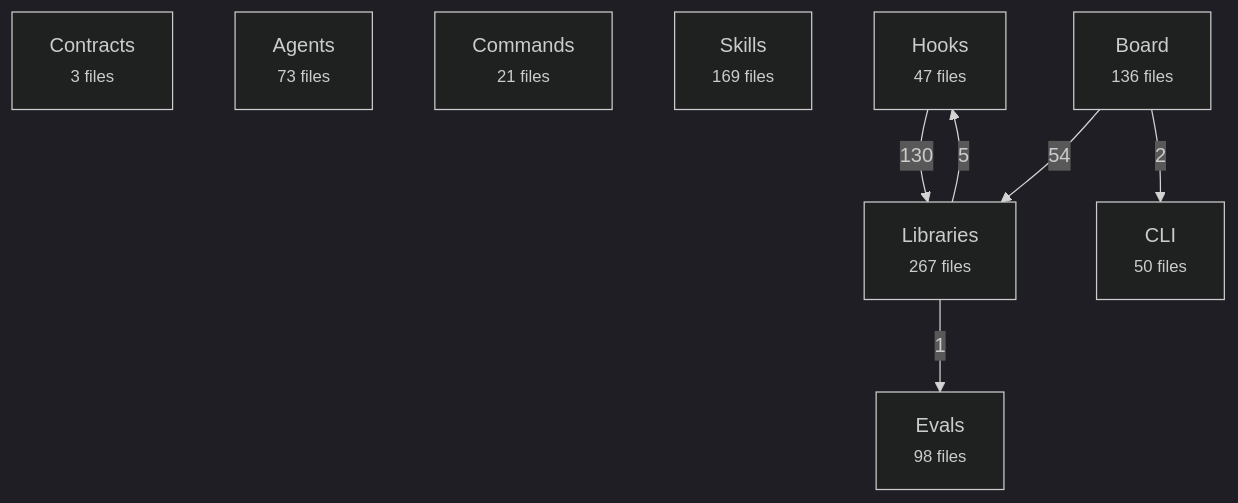
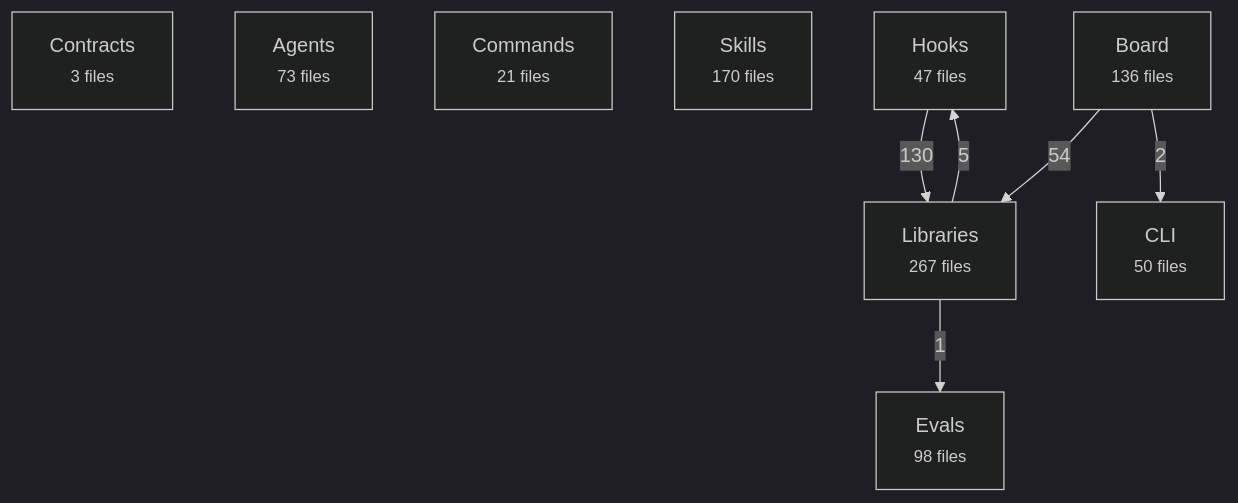
Before and after one commit to avelikiy/great_cto: the first of 2 diagrams in docs/reference/architecture-map.md, drawn with Mermaid (dark theme). The commit also changed other lines of this file and 5 other files, not shown here.

````diff
--- a/docs/reference/architecture-map.md
+++ b/docs/reference/architecture-map.md
@@ -20,17 +20,17 @@
 ```mermaid
 flowchart TD
   contracts["Contracts<br/><small>3 files</small>"]
   agents["Agents<br/><small>73 files</small>"]
   commands["Commands<br/><small>21 files</small>"]
-  skills["Skills<br/><small>169 files</small>"]
+  skills["Skills<br/><small>170 files</small>"]
   hooks["Hooks<br/><small>47 files</small>"]
   libs["Libraries<br/><small>267 files</small>"]
   board["Board<br/><small>136 files</small>"]
   cli["CLI<br/><small>50 files</small>"]
   evals["Evals<br/><small>98 files</small>"]
   hooks -->|130| libs
   board -->|54| libs
   libs -->|5| hooks
   board -->|2| cli
   libs -->|1| evals
 ```
````
